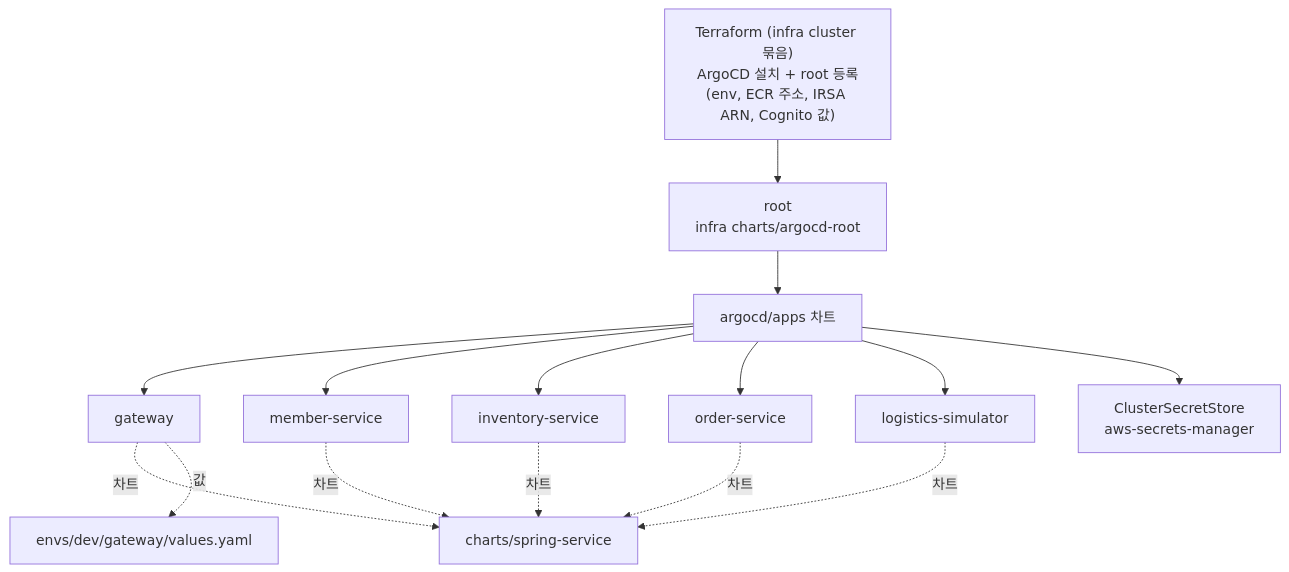
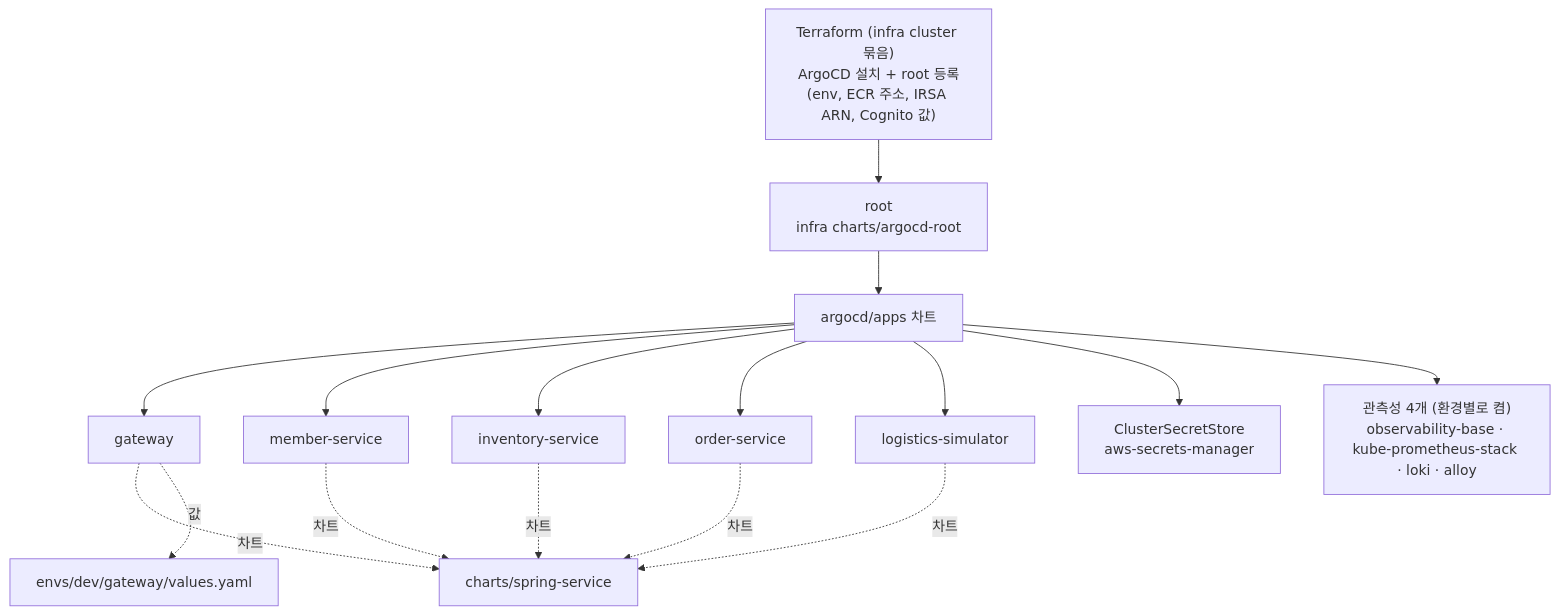
The fourth of 4 diagrams in README.md (sesac-freshlink/gitops), drawn with Mermaid before and after one commit. The commit also changed other lines of this file and 19 other files, not shown here.

````diff
--- a/README.md
+++ b/README.md
@@ -195,13 +192,14 @@
 ```mermaid
 flowchart TB
     TF["Terraform (infra cluster 묶음)<br/>ArgoCD 설치 + root 등록<br/>(env, ECR 주소, IRSA ARN, Cognito 값)"] --> R["root<br/>infra charts/argocd-root"]
     R --> A["argocd/apps 차트"]
     A --> G["gateway"]
     A --> MS["member-service"]
     A --> IS["inventory-service"]
     A --> OS["order-service"]
     A --> LS["logistics-simulator"]
     A --> CSS["ClusterSecretStore<br/>aws-secrets-manager"]
+    A --> OBS["관측성 4개 (환경별로 켬)<br/>observability-base · kube-prometheus-stack · loki · alloy"]
     G & MS & IS & OS & LS -. "차트" .-> C["charts/spring-service"]
     G -. "값" .-> V["envs/dev/gateway/values.yaml"]
 ```
````
